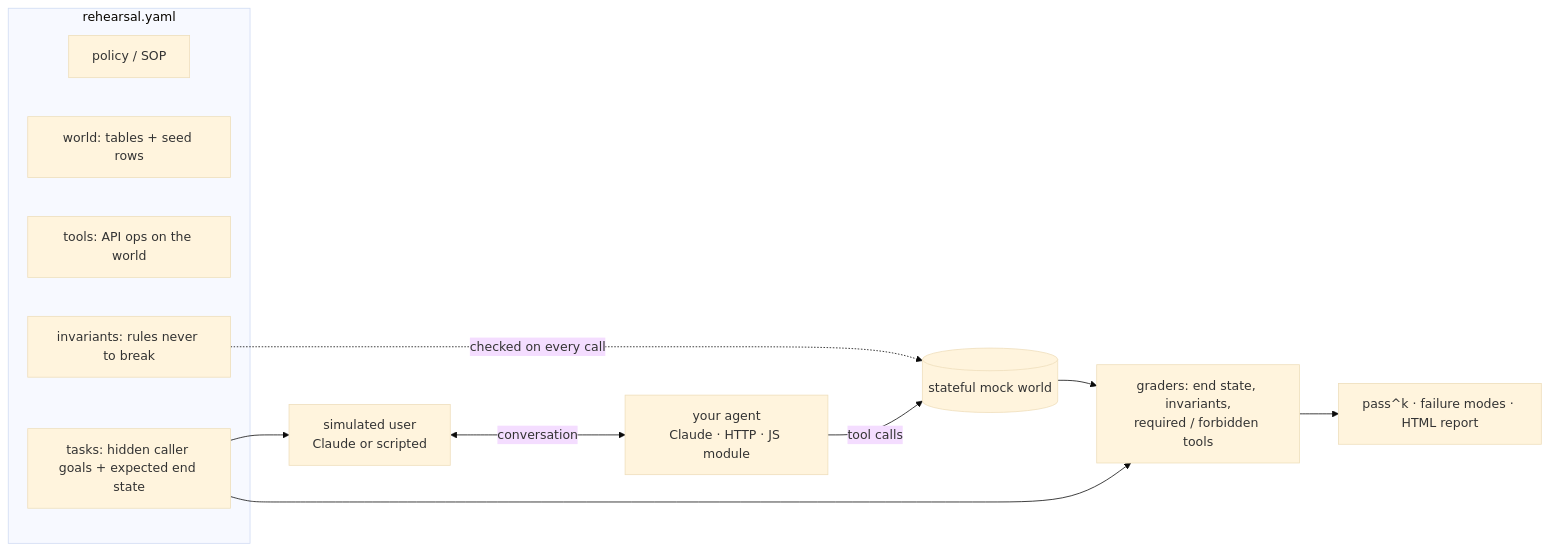
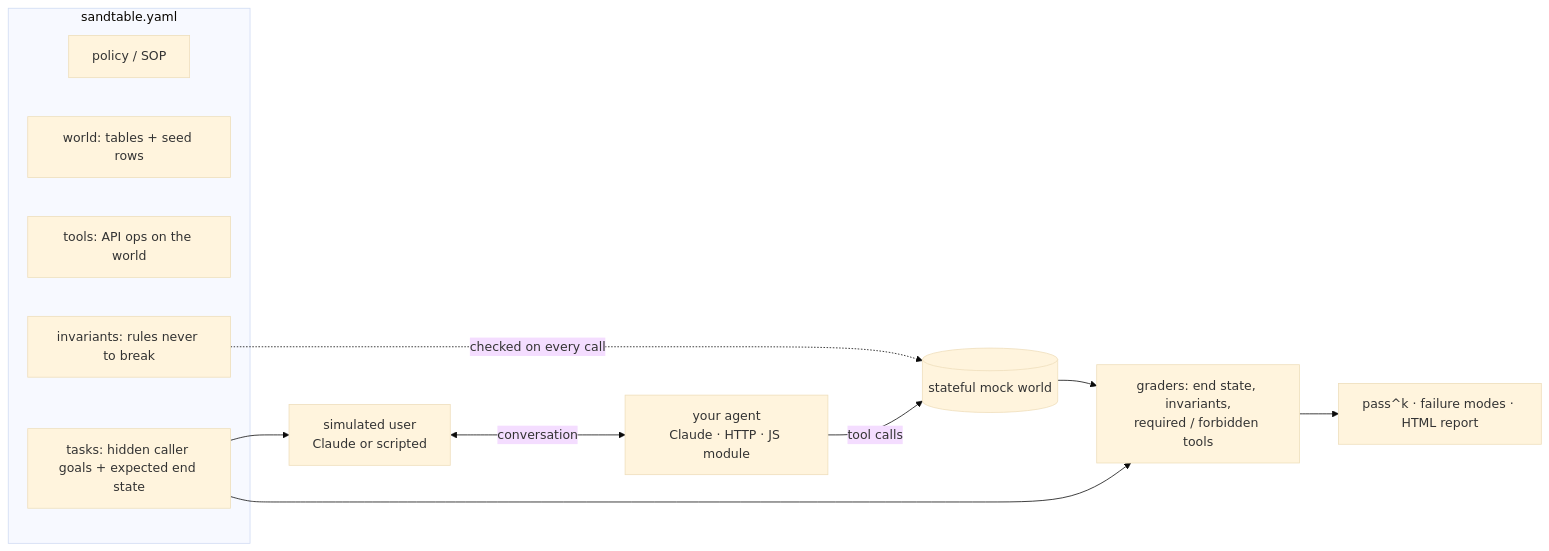
Before and after one commit to sandtable-ai/sandtable: the diagram in README.md, drawn with Mermaid (base theme). The commit also changed other lines of this file and 24 other files, not shown here.

````diff
--- a/README.md
+++ b/README.md
@@ -58,17 +60,17 @@
 ```mermaid
 flowchart LR
-  subgraph domain [rehearsal.yaml]
+  subgraph domain [sandtable.yaml]
     P[policy / SOP]
     W[world: tables + seed rows]
     T[tools: API ops on the world]
     I[invariants: rules never to break]
     K[tasks: hidden caller goals + expected end state]
   end
   U[simulated user<br/>Claude or scripted] <-- conversation --> A[your agent<br/>Claude · HTTP · JS module]
   A -- tool calls --> S[(stateful mock world)]
   I -. checked on every call .-> S
   S --> G[graders: end state, invariants,<br/>required / forbidden tools]
   G --> R[pass^k · failure modes · HTML report]
   K --> U
   K --> G
 ```
````
